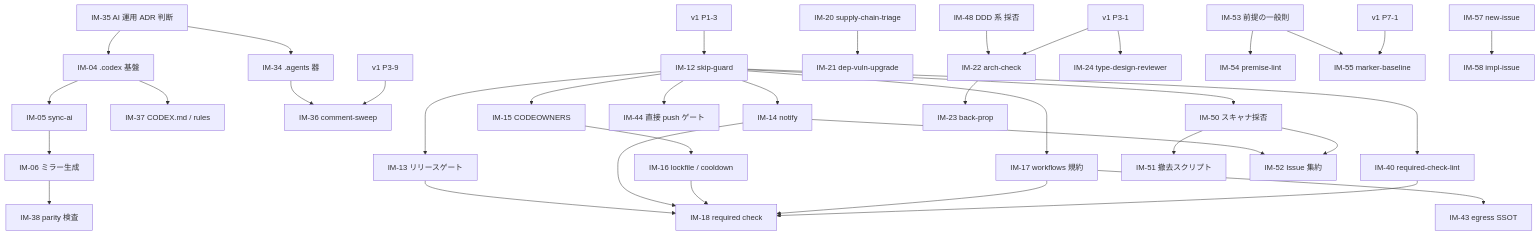
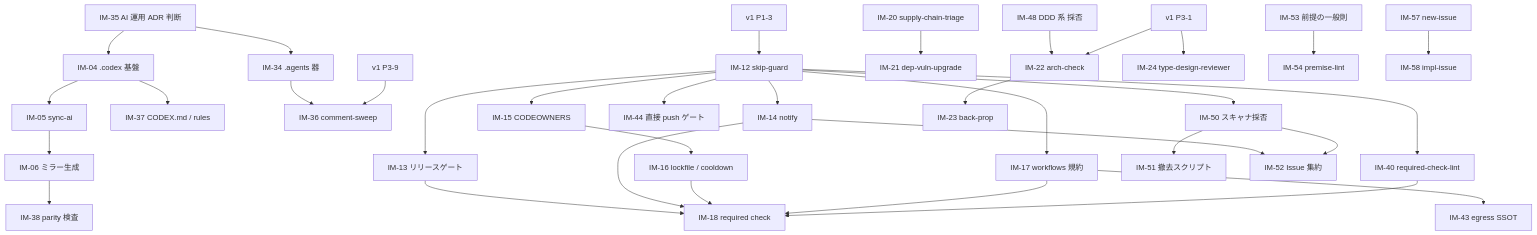
The diagram in docs/plan/go-boilerplate-import-plan.md (Tomy-ch/nextjs-boilerplate), drawn with Mermaid before and after one commit. The commit also changed other lines of this file and 13 other files, not shown here.

````diff
--- a/docs/plan/go-boilerplate-import-plan.md
+++ b/docs/plan/go-boilerplate-import-plan.md
@@ -140,33 +140,31 @@
 ```mermaid
 flowchart TD
   IM35["IM-35 AI 運用 ADR 判断"] --> IM34["IM-34 .agents 器"]
   IM35 --> IM04["IM-04 .codex 基盤"]
   IM04 --> IM05["IM-05 sync-ai"]
   IM05 --> IM06["IM-06 ミラー生成"]
   IM06 --> IM38["IM-38 parity 検査"]
   IM04 --> IM37["IM-37 CODEX.md / rules"]
   IM34 --> IM36["IM-36 comment-sweep"]
   P39["v1 P3-9"] --> IM36
   P13["v1 P1-3"] --> IM12["IM-12 skip-guard"]
   IM12 --> IM13["IM-13 リリースゲート"]
   IM12 --> IM14["IM-14 notify"]
   IM12 --> IM15["IM-15 CODEOWNERS"]
   IM15 --> IM16["IM-16 lockfile / cooldown"]
   IM12 --> IM17["IM-17 workflows 規約"]
   IM17 --> IM43["IM-43 egress SSOT"]
   IM12 --> IM40["IM-40 required-check-lint"]
   IM12 --> IM44["IM-44 直接 push ゲート"]
   IM12 --> IM50["IM-50 スキャナ採否"]
   IM50 --> IM51["IM-51 撤去スクリプト"]
   IM14 & IM50 --> IM52["IM-52 Issue 集約"]
   IM13 & IM14 & IM16 & IM17 & IM40 --> IM18["IM-18 required check"]
   IM20["IM-20 supply-chain-triage"] --> IM21["IM-21 dep-vuln-upgrade"]
   IM48["IM-48 DDD 系 採否"] --> IM22["IM-22 arch-check"]
   P31["v1 P3-1"] --> IM22
   IM22 --> IM23["IM-23 back-prop"]
   P31 --> IM24["IM-24 type-design-reviewer"]
   IM53["IM-53 前提の一般則"] --> IM54["IM-54 premise-lint"]
-  IM53 --> IM55["IM-55 marker-baseline"]
-  P71["v1 P7-1"] --> IM55
   IM57["IM-57 new-issue"] --> IM58["IM-58 impl-issue"]
 ```
````
